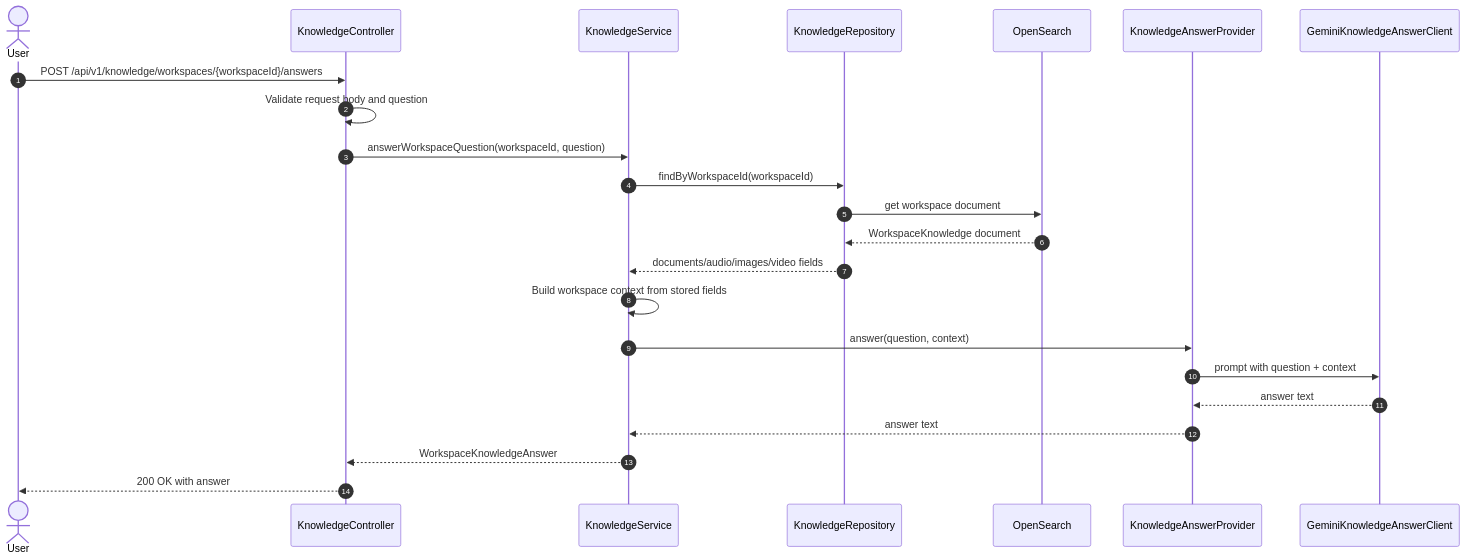
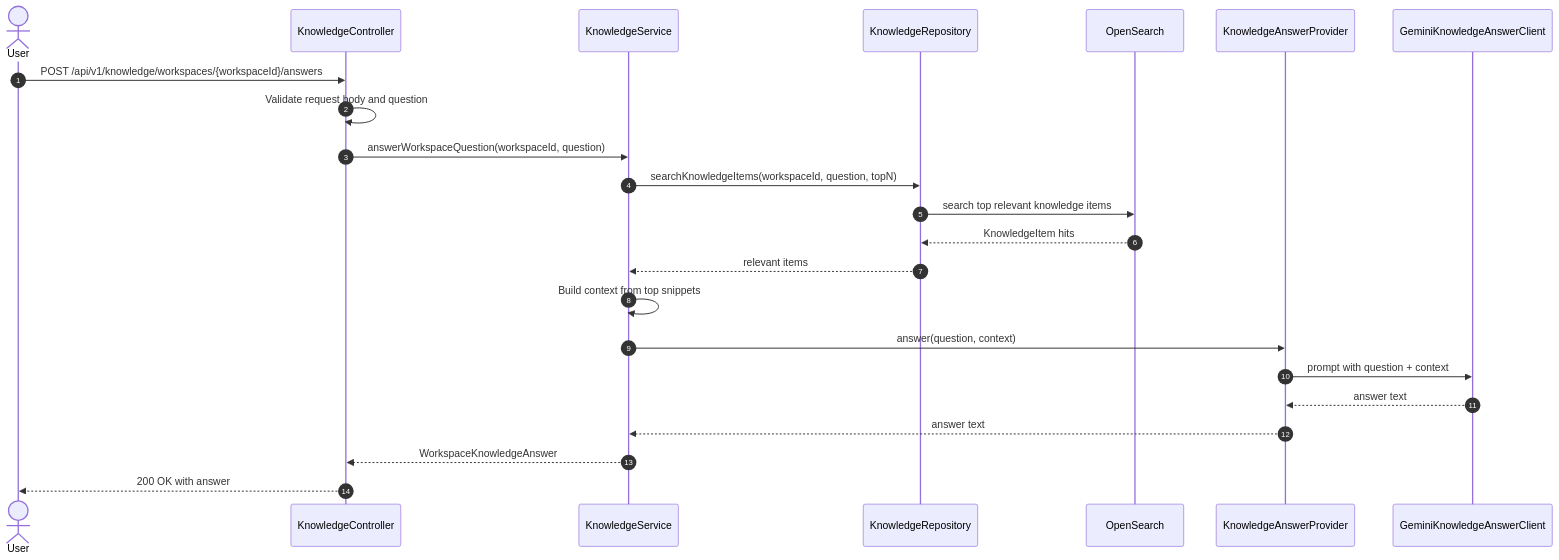
Before and after one commit to AndriyBanul/ai-workspace: the fifth of 7 diagrams in docs/architecture-diagrams.md, drawn with Mermaid. The commit also changed other lines of this file and 30 other files, not shown here.

Commit message:
Add workspace-scoped knowledge retrieval

````diff
--- a/docs/architecture-diagrams.md
+++ b/docs/architecture-diagrams.md
@@ -200,26 +213,26 @@
 ```mermaid
 sequenceDiagram
     autonumber
     actor User
     participant API as KnowledgeController
     participant Knowledge as KnowledgeService
     participant Repository as KnowledgeRepository
     participant OS as OpenSearch
     participant AnswerProvider as KnowledgeAnswerProvider
     participant Gemini as GeminiKnowledgeAnswerClient
 
     User->>API: POST /api/v1/knowledge/workspaces/{workspaceId}/answers
     API->>API: Validate request body and question
     API->>Knowledge: answerWorkspaceQuestion(workspaceId, question)
-    Knowledge->>Repository: findByWorkspaceId(workspaceId)
-    Repository->>OS: get workspace document
-    OS-->>Repository: WorkspaceKnowledge document
-    Repository-->>Knowledge: documents/audio/images/video fields
-    Knowledge->>Knowledge: Build workspace context from stored fields
+    Knowledge->>Repository: searchKnowledgeItems(workspaceId, question, topN)
+    Repository->>OS: search top relevant knowledge items
+    OS-->>Repository: KnowledgeItem hits
+    Repository-->>Knowledge: relevant items
+    Knowledge->>Knowledge: Build context from top snippets
     Knowledge->>AnswerProvider: answer(question, context)
     AnswerProvider->>Gemini: prompt with question + context
     Gemini-->>AnswerProvider: answer text
     AnswerProvider-->>Knowledge: answer text
     Knowledge-->>API: WorkspaceKnowledgeAnswer
     API-->>User: 200 OK with answer
 ```
````
